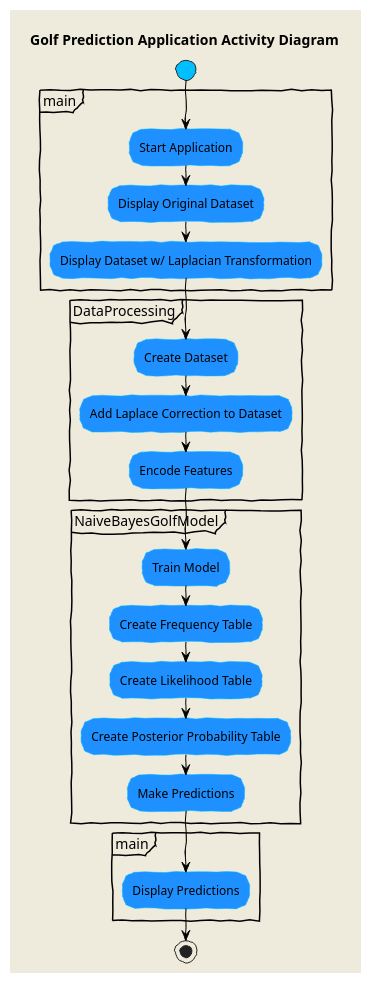
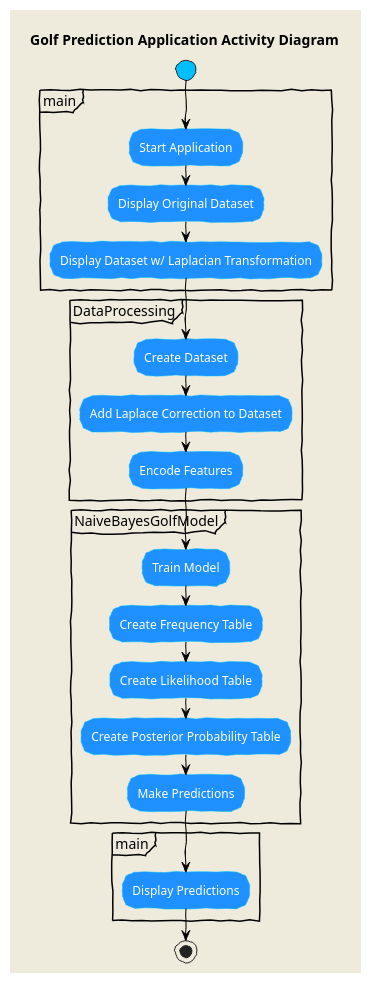
One commit to sminerport/naive-bayes-golf-prediction changed the diagram in uml/src/activity.puml. Above: the diagram before and after it, drawn with PlantUML. The commit also changed 4 other files, not shown here.

Commit message:
update plant uml diagrams

```diff
--- a/uml/src/activity.puml
+++ b/uml/src/activity.puml
@@ -1,42 +1,43 @@
 @startuml NaiveBayesActivityDiagram
 skinparam backgroundColor #EEEBDC
 skinparam handwritten true
 skinparam activity {
     StartColor DeepSkyBlue
     EndColor DeepSkyBlue
     BackgroundColor DodgerBlue
     BorderColor DeepSkyBlue
     ArrowColor black
+    FontColor white
 }
 
 title Golf Prediction Application Activity Diagram
 
 start
 
 partition main {
     :Start Application;
     :Display Original Dataset;
     :Display Dataset w/ Laplacian Transformation;
 }
 
 partition DataProcessing {
     :Create Dataset;
     :Add Laplace Correction to Dataset;
     :Encode Features;
 }
 
 partition NaiveBayesGolfModel {
     :Train Model;
     :Create Frequency Table;
     :Create Likelihood Table;
     :Create Posterior Probability Table;
     :Make Predictions;
 }
 
 partition main {
     :Display Predictions;
 }
 
 stop
 
 @enduml
```
